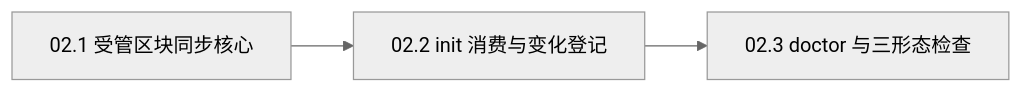
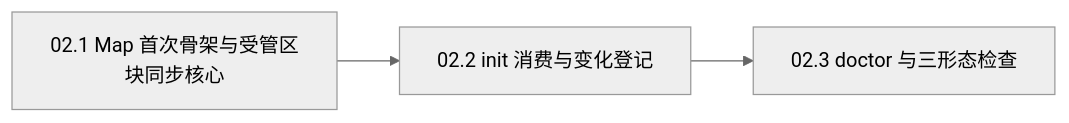
The diagram in docs/plans/feat-context-doc-contracts/02-install-domain-context-contracts.md (chancheuklap/multi-model-workflow), drawn with Mermaid (neutral theme) before and after one commit. The commit also changed other lines of this file and 4 other files, not shown here.

````diff
--- a/docs/plans/feat-context-doc-contracts/02-install-domain-context-contracts.md
+++ b/docs/plans/feat-context-doc-contracts/02-install-domain-context-contracts.md
@@ -64,5 +64,5 @@
 ```mermaid
 flowchart LR
-  A[02.1 受管区块同步核心] --> B[02.2 init 消费与变化登记]
+  A[02.1 Map 首次骨架与受管区块同步核心] --> B[02.2 init 消费与变化登记]
   B --> C[02.3 doctor 与三形态检查]
 ```
````
